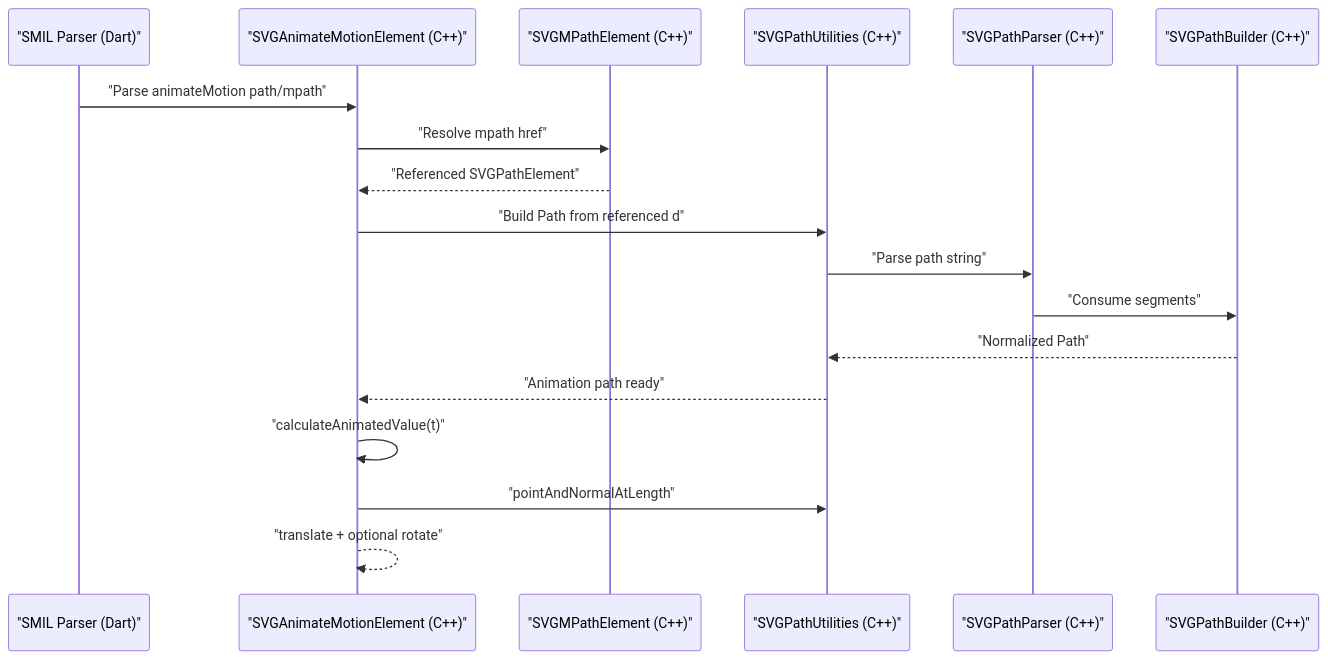
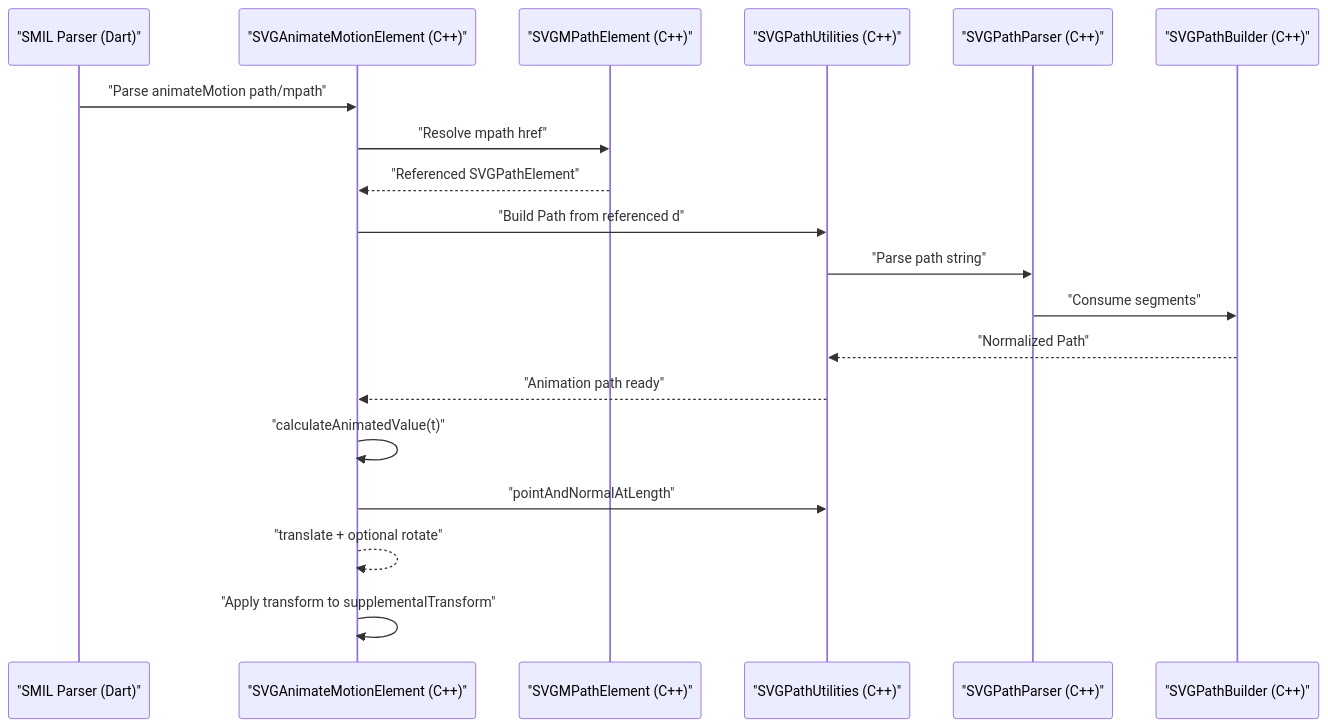
One commit to denisnadey/flutter_full_svg_support changed the second of 7 diagrams in .qoder/repowiki/en/content/Animated SVG Support/SMIL Animation Specification/SMIL Motion Animation.md. Above: the diagram before and after it, drawn with Mermaid. The commit also changed other lines of this file and 5 other files, not shown here.

````diff
--- a/.qoder/repowiki/en/content/Animated SVG Support/SMIL Animation Specification/SMIL Motion Animation.md
+++ b/.qoder/repowiki/en/content/Animated SVG Support/SMIL Animation Specification/SMIL Motion Animation.md
@@ -113,20 +128,21 @@
 ```mermaid
 sequenceDiagram
 participant P as "SMIL Parser (Dart)"
 participant AM as "SVGAnimateMotionElement (C++)"
 participant MP as "SVGMPathElement (C++)"
 participant PU as "SVGPathUtilities (C++)"
 participant PP as "SVGPathParser (C++)"
 participant PB as "SVGPathBuilder (C++)"
 P->>AM : "Parse animateMotion path/mpath"
 AM->>MP : "Resolve mpath href"
 MP-->>AM : "Referenced SVGPathElement"
 AM->>PU : "Build Path from referenced d"
 PU->>PP : "Parse path string"
 PP->>PB : "Consume segments"
 PB-->>PU : "Normalized Path"
 PU-->>AM : "Animation path ready"
 AM->>AM : "calculateAnimatedValue(t)"
 AM->>PU : "pointAndNormalAtLength"
 AM-->>AM : "translate + optional rotate"
+AM->>AM : "Apply transform to supplementalTransform"
 ```
````
